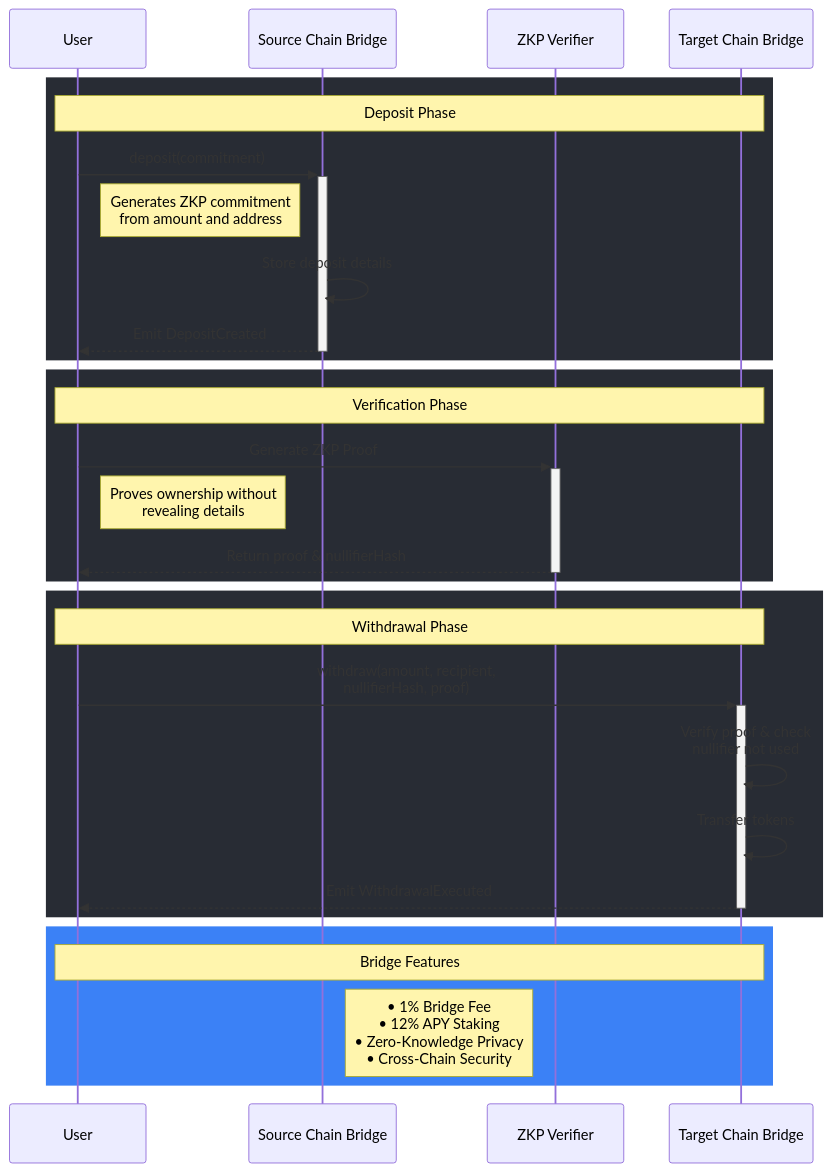
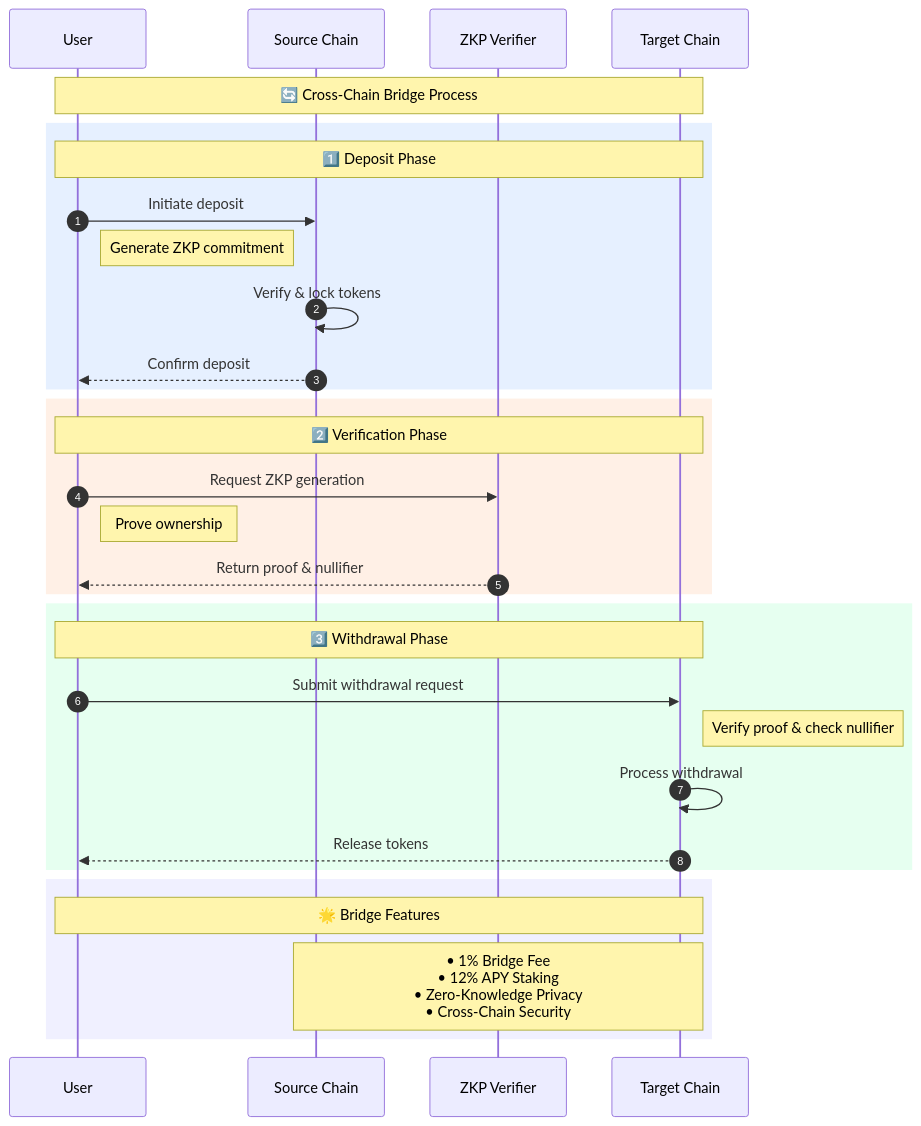
The first of 2 diagrams in README.md (Ivan-Dosev/ZKBridge), drawn with Mermaid before and after one commit. The commit also changed other lines of this file, not shown here.

Commit message:
docs: improve sequence diagram readability with better colors and formatting

````diff
--- a/README.md
+++ b/README.md
@@ -11,35 +11,42 @@
 ```mermaid
 sequenceDiagram
-    participant User
-    participant Source as Source Chain Bridge
-    participant Verifier as ZKP Verifier
-    participant Target as Target Chain Bridge
-    
-    rect rgb(40, 44, 52)
-        Note over User,Target: Deposit Phase
-        User->>+Source: deposit(commitment)
-        Note right of User: Generates ZKP commitment<br/>from amount and address
-        Source->>Source: Store deposit details
-        Source-->>-User: Emit DepositCreated
+    autonumber
+    participant U as User
+    participant S as Source Chain
+    participant V as ZKP Verifier
+    participant T as Target Chain
+
+    Note over U,T: 🔄 Cross-Chain Bridge Process
+
+    %% Deposit Phase
+    rect rgb(230, 240, 255)
+        Note over U,T: 1️⃣ Deposit Phase
+        U->>S: Initiate deposit
+        Note right of U: Generate ZKP commitment
+        S->>S: Verify & lock tokens
+        S-->>U: Confirm deposit
     end
 
-    rect rgb(40, 44, 52)
-        Note over User,Target: Verification Phase
-        User->>+Verifier: Generate ZKP Proof
-        Note right of User: Proves ownership without<br/>revealing details
-        Verifier-->>-User: Return proof & nullifierHash
+    %% Verification Phase
+    rect rgb(255, 240, 230)
+        Note over U,T: 2️⃣ Verification Phase
+        U->>V: Request ZKP generation
+        Note right of U: Prove ownership
+        V-->>U: Return proof & nullifier
     end
 
-    rect rgb(40, 44, 52)
-        Note over User,Target: Withdrawal Phase
-        User->>+Target: withdraw(amount, recipient,<br/>nullifierHash, proof)
-        Target->>Target: Verify proof & check<br/>nullifier not used
-        Target->>Target: Transfer tokens
-        Target-->>-User: Emit WithdrawalExecuted
+    %% Withdrawal Phase
+    rect rgb(230, 255, 240)
+        Note over U,T: 3️⃣ Withdrawal Phase
+        U->>T: Submit withdrawal request
+        Note right of T: Verify proof & check nullifier
+        T->>T: Process withdrawal
+        T-->>U: Release tokens
     end
 
-    rect rgb(59, 129, 246)
-        Note over User,Target: Bridge Features
-        Note right of Source: • 1% Bridge Fee<br/>• 12% APY Staking<br/>• Zero-Knowledge Privacy<br/>• Cross-Chain Security
+    %% Bridge Features
+    rect rgb(240, 240, 255)
+        Note over U,T: 🌟 Bridge Features
+        Note over S,T: • 1% Bridge Fee<br/>• 12% APY Staking<br/>• Zero-Knowledge Privacy<br/>• Cross-Chain Security
     end
 ```
````
